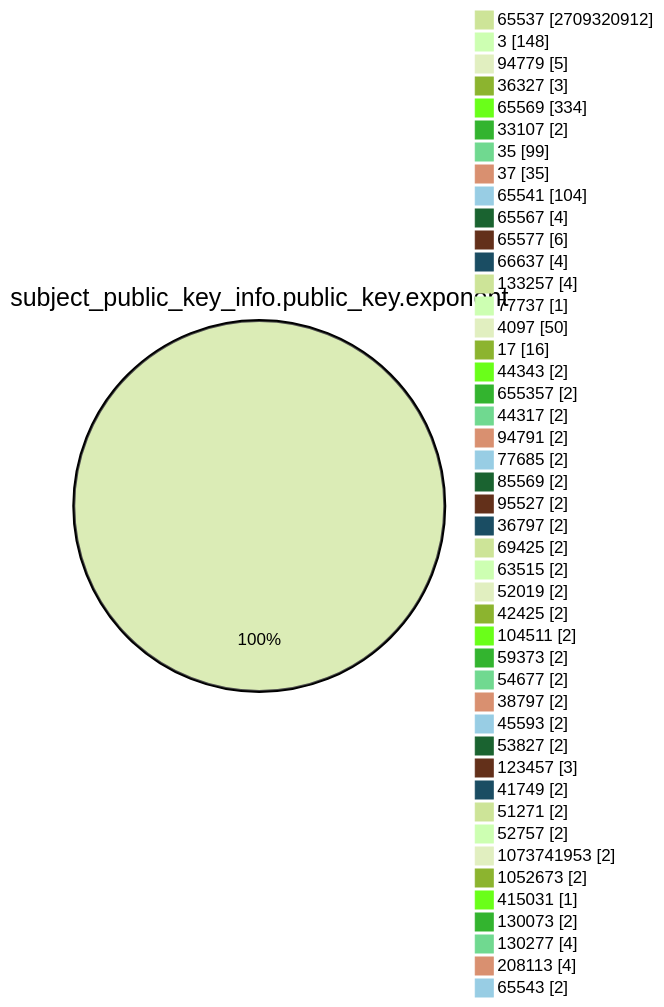
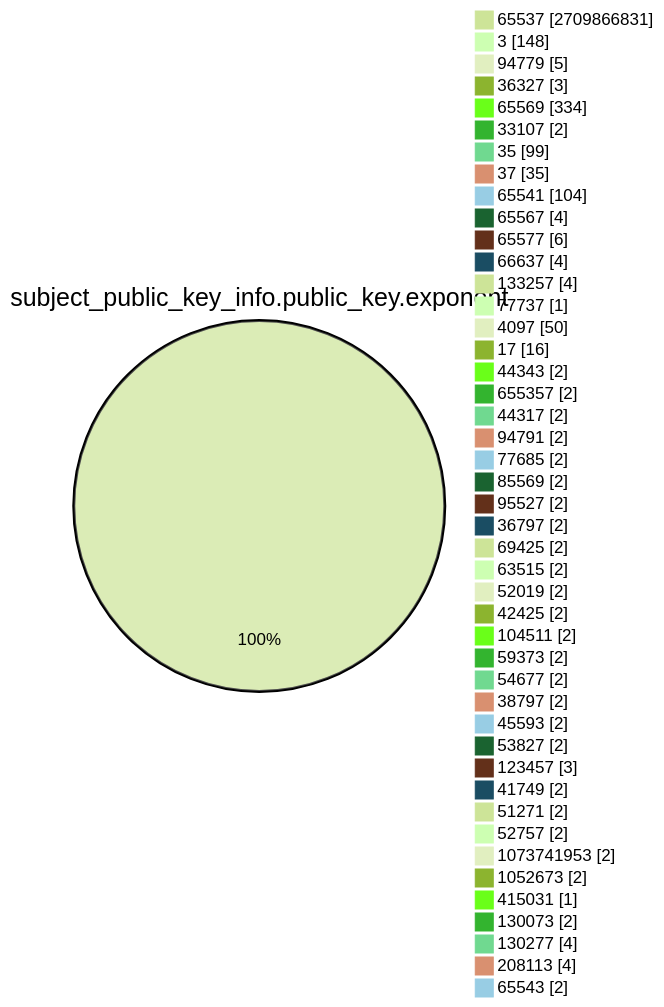
One commit to christiankrug/ctmonitor_visualization changed the fourth of 15 diagrams in TOTAL/README.md. Above: the diagram before and after it, drawn with Mermaid (forest theme). The commit also changed other lines of this file, not shown here.

````diff
--- a/TOTAL/README.md
+++ b/TOTAL/README.md
@@ -1467,49 +1467,49 @@
 ```mermaid
 pie showData
 title subject_public_key_info.public_key.exponent
-"65537" :2709320912
+"65537" :2709866831
 "3" :148
 "94779" :5
 "36327" :3
 "65569" :334
 "33107" :2
 "35" :99
 "37" :35
 "65541" :104
 "65567" :4
 "65577" :6
 "66637" :4
 "133257" :4
 "77737" :1
 "4097" :50
 "17" :16
 "44343" :2
 "655357" :2
 "44317" :2
 "94791" :2
 "77685" :2
 "85569" :2
 "95527" :2
 "36797" :2
 "69425" :2
 "63515" :2
 "52019" :2
 "42425" :2
 "104511" :2
 "59373" :2
 "54677" :2
 "38797" :2
 "45593" :2
 "53827" :2
 "123457" :3
 "41749" :2
 "51271" :2
 "52757" :2
 "1073741953" :2
 "1052673" :2
 "415031" :1
 "130073" :2
 "130277" :4
 "208113" :4
 "65543" :2
 ```
````
